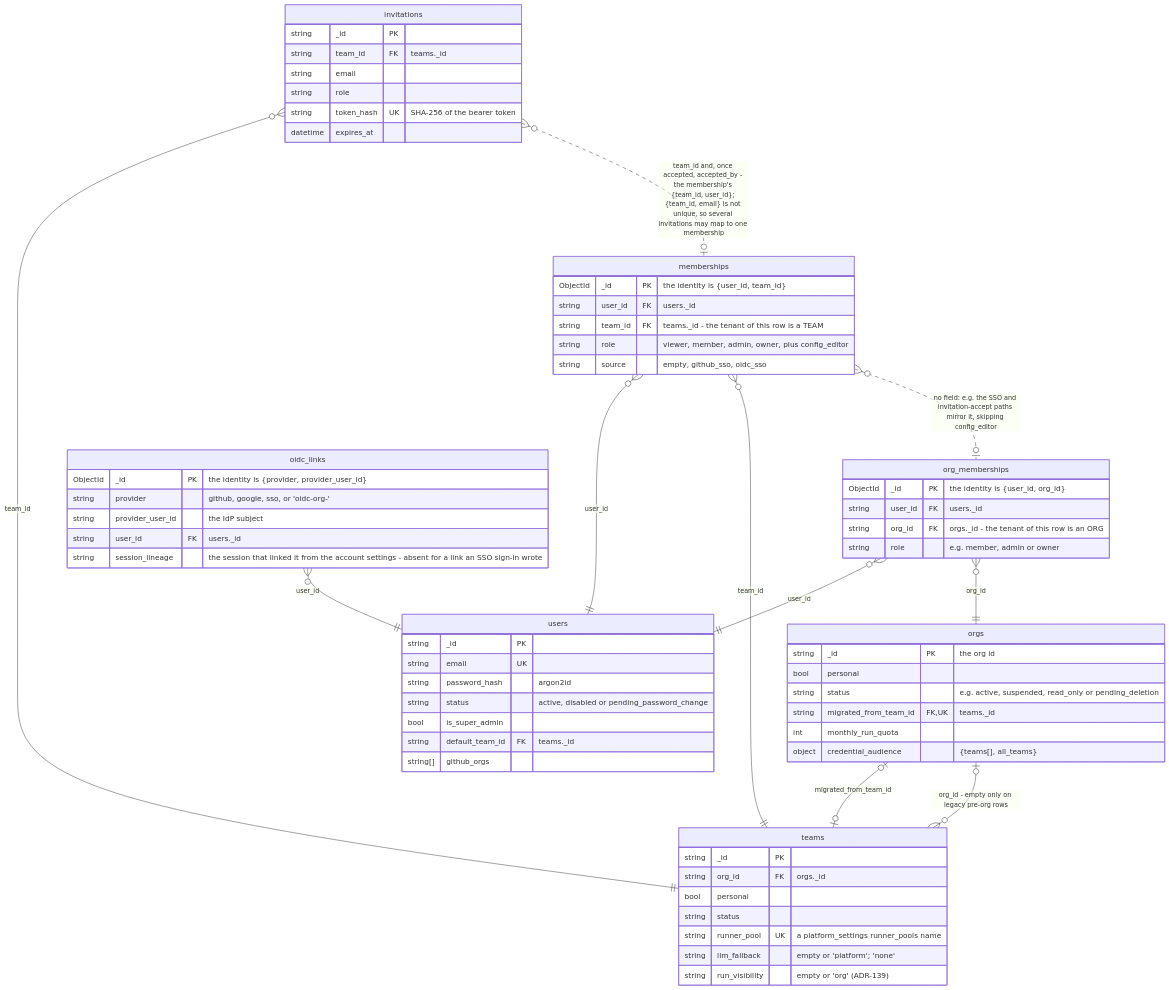
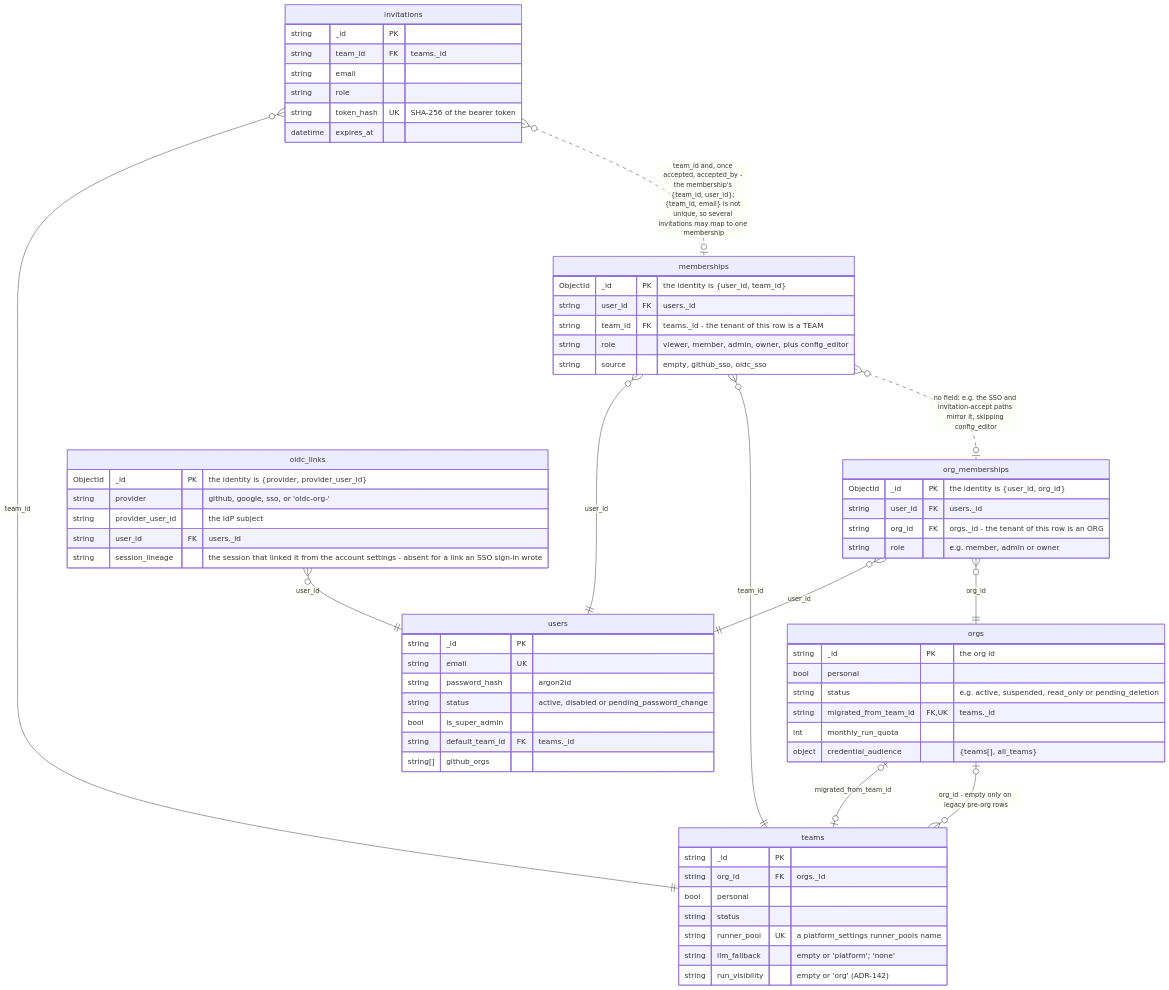
Before and after one commit to SocialGouv/iterion: the first of 3 diagrams in docs/diagrams/data-model-identity.md, drawn with Mermaid. The commit also changed 20 other files, not shown here.

First line of the commit message:
docs(adr): renumber the run-visibility axis to 142 — main took 139 through 141

````diff
--- a/docs/diagrams/data-model-identity.md
+++ b/docs/diagrams/data-model-identity.md
@@ -9,67 +9,67 @@
 ```mermaid
 erDiagram
     orgs {
         string _id PK "the org id"
         bool personal
         string status "e.g. active, suspended, read_only or pending_deletion"
         string migrated_from_team_id FK, UK "teams._id"
         int monthly_run_quota
         object credential_audience "{teams[], all_teams}"
     }
     teams {
         string _id PK
         string org_id FK "orgs._id"
         bool personal
         string status
         string runner_pool UK "a platform_settings runner_pools name"
         string llm_fallback "empty or 'platform'; 'none'"
-        string run_visibility "empty or 'org' (ADR-139)"
+        string run_visibility "empty or 'org' (ADR-142)"
     }
     users {
         string _id PK
         string email UK
         string password_hash "argon2id"
         string status "active, disabled or pending_password_change"
         bool is_super_admin
         string default_team_id FK "teams._id"
         string[] github_orgs
     }
     org_memberships {
         ObjectId _id PK "the identity is {user_id, org_id}"
         string user_id FK "users._id"
         string org_id FK "orgs._id - the tenant of this row is an ORG"
         string role "e.g. member, admin or owner"
     }
     memberships {
         ObjectId _id PK "the identity is {user_id, team_id}"
         string user_id FK "users._id"
         string team_id FK "teams._id - the tenant of this row is a TEAM"
         string role "viewer, member, admin, owner, plus config_editor"
         string source "empty, github_sso, oidc_sso"
     }
     invitations {
         string _id PK
         string team_id FK "teams._id"
         string email
         string role
         string token_hash UK "SHA-256 of the bearer token"
         datetime expires_at
     }
     oidc_links {
         ObjectId _id PK "the identity is {provider, provider_user_id}"
         string provider "github, google, sso, or 'oidc-org-<provider id>'"
         string provider_user_id "the IdP subject"
         string user_id FK "users._id"
         string session_lineage "the session that linked it from the account settings - absent for a link an SSO sign-in wrote"
     }
     teams }o--o| orgs : "org_id - empty only on legacy pre-org rows"
     orgs |o--o| teams : "migrated_from_team_id"
     org_memberships }o--|| users : "user_id"
     org_memberships }o--|| orgs : "org_id"
     memberships }o--|| users : "user_id"
     memberships }o--|| teams : "team_id"
     memberships }o..o| org_memberships : "no field: e.g. the SSO and invitation-accept paths mirror it, skipping config_editor"
     invitations }o--|| teams : "team_id"
     invitations }o..o| memberships : "team_id and, once accepted, accepted_by - the membership's {team_id, user_id}; {team_id, email} is not unique, so several invitations may map to one membership"
     oidc_links }o--|| users : "user_id"
 ```
````
